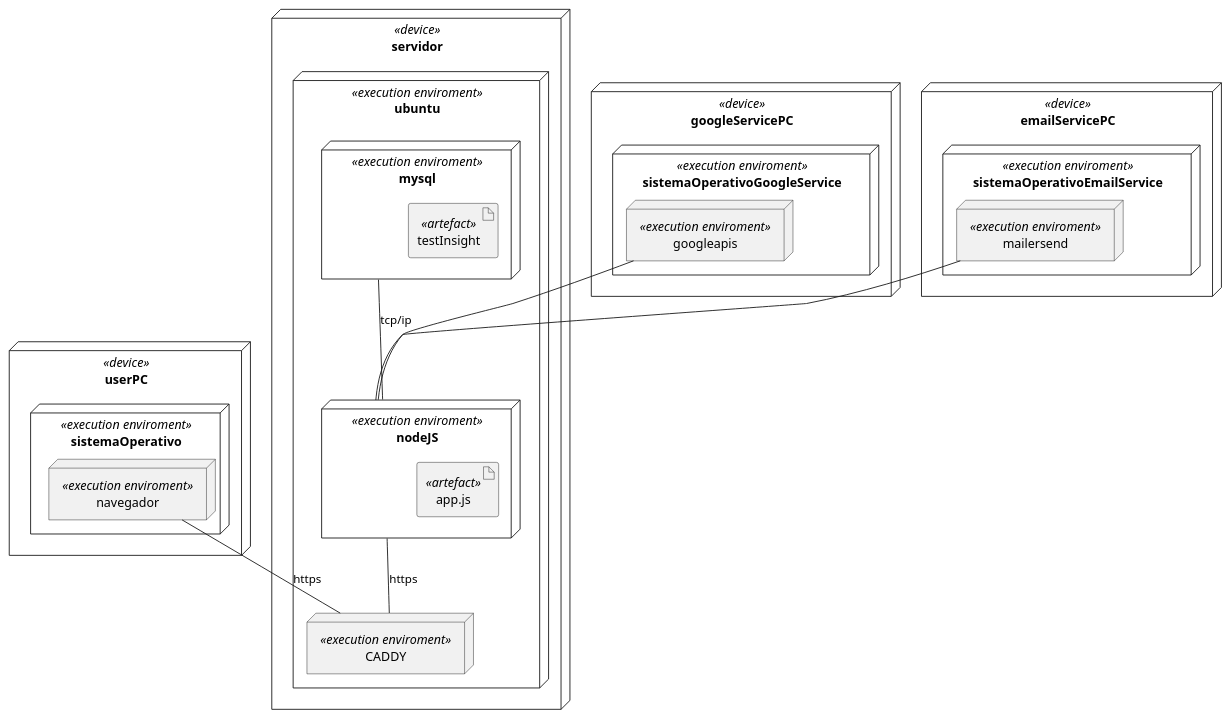
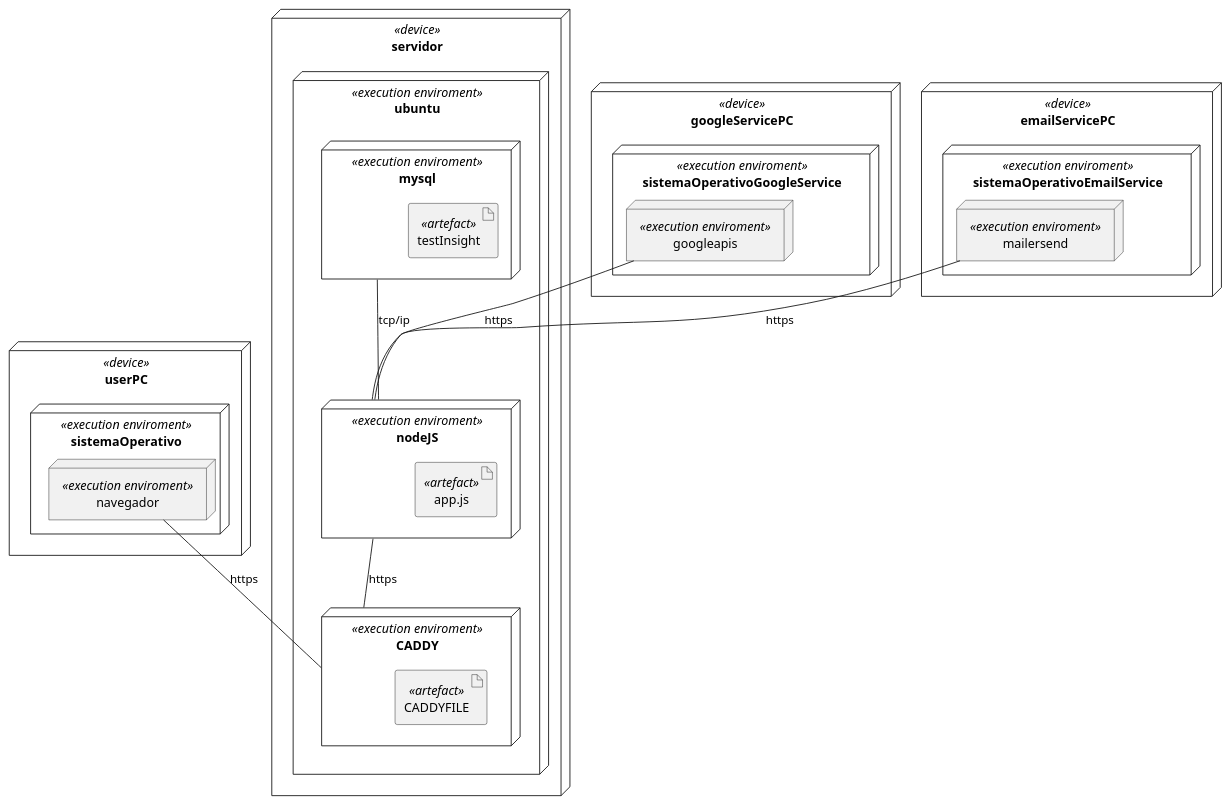
One commit to nicoleum17/TestInsightDX changed the diagram in uml/despliegue.puml. Above: the diagram before and after it, drawn with PlantUML.

Commit message:
doc(diagramaDespilegue) added https conections and caddyfile

```diff
--- a/uml/despliegue.puml
+++ b/uml/despliegue.puml
@@ -1,47 +1,49 @@
 @startuml Diagrama de Despliegue
 
 node userPC <<device>>{
     node sistemaOperativo <<execution enviroment>>{
         node navegador <<execution enviroment>>{
         }
     }
 }
 
 node servidor <<device>>{
     node ubuntu <<execution enviroment>>{
         node mysql <<execution enviroment>>{
             artifact testInsight <<artefact>>
         }
         node nodeJS <<execution enviroment>>{
             artifact app.js <<artefact>>
         }
-        node CADDY <<execution enviroment>>
+        node CADDY <<execution enviroment>>{
+            artifact CADDYFILE <<artefact>>
+        }
         mysql -- nodeJS: tcp/ip
         nodeJS -- CADDY: https
     }
 }
 
 navegador -- CADDY : https
 
 node googleServicePC <<device>>{
     node sistemaOperativoGoogleService <<execution enviroment>>{
         node googleapis <<execution enviroment>>{
 
         }
     }
 }
 
-googleapis -- nodeJS
+googleapis -- nodeJS : https
 
 
 node emailServicePC <<device>>{
     node sistemaOperativoEmailService <<execution enviroment>>{
         node mailersend <<execution enviroment>>{
 
         }
     }
 }
 
-mailersend -- nodeJS
+mailersend -- nodeJS : https
 
 @enduml
```
